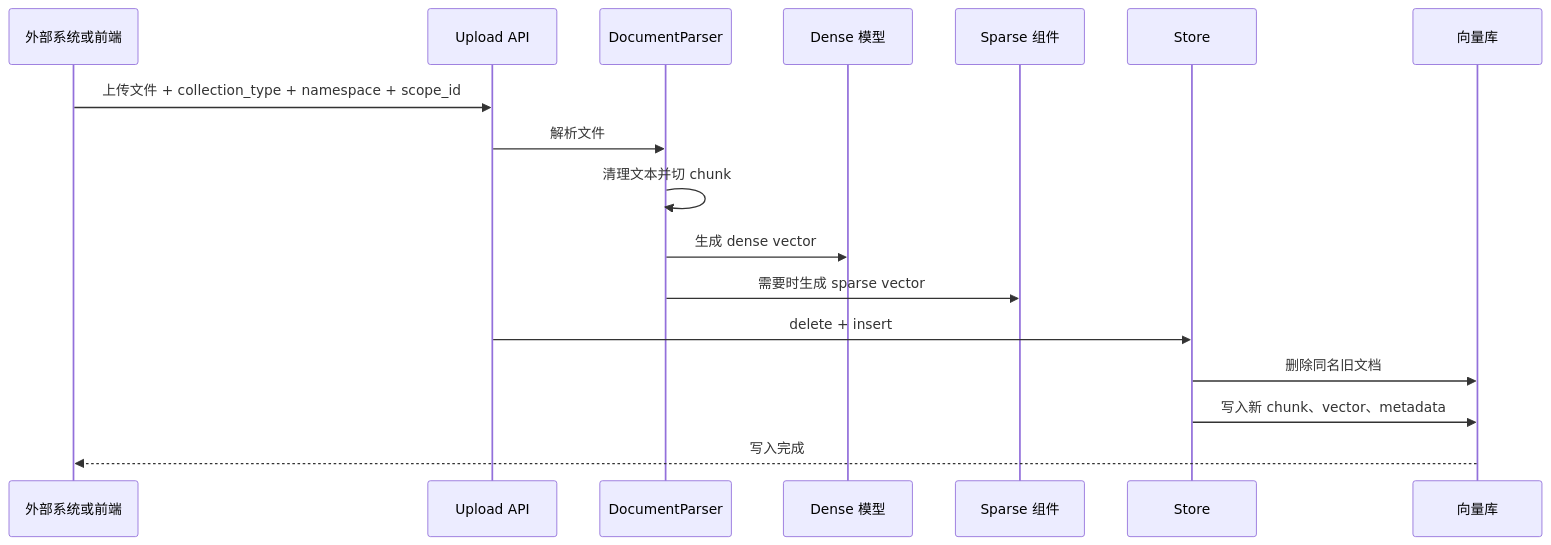
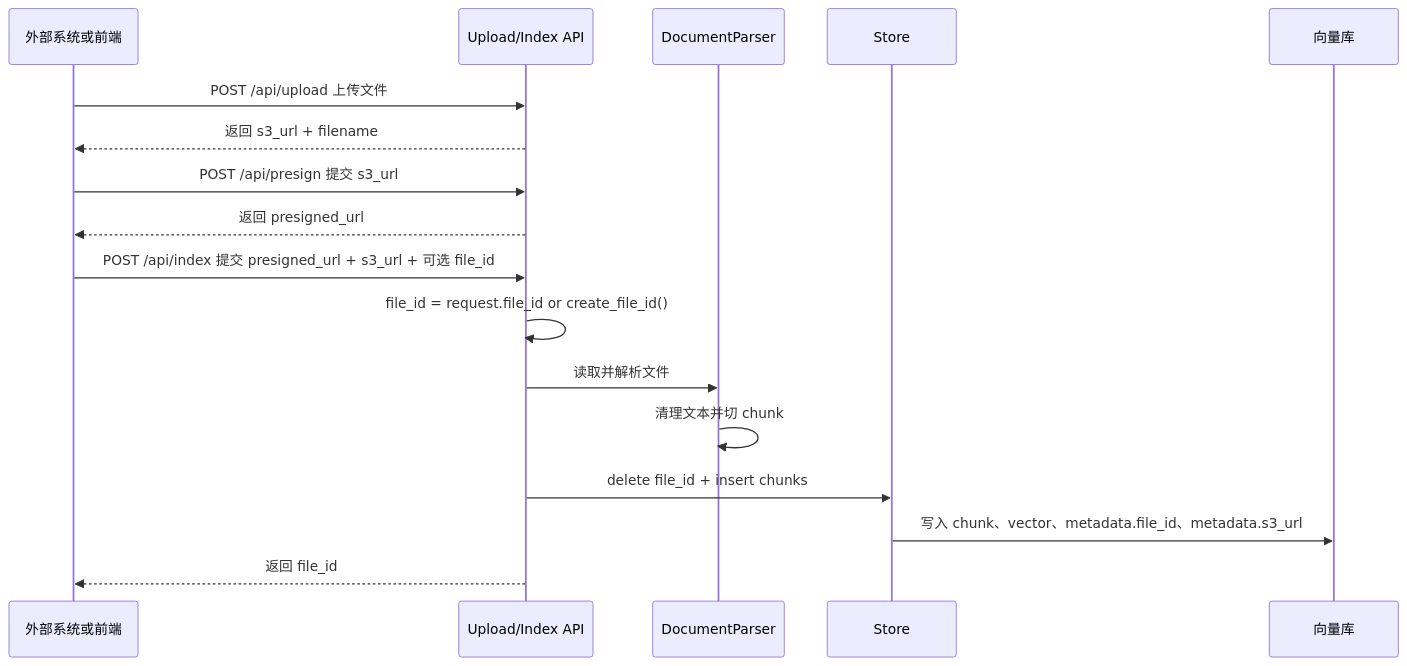
Before and after one commit to guobinqiu/new_brain: the third of 4 diagrams in docs/architecture.md, drawn with Mermaid. The commit also changed other lines of this file and 72 other files, not shown here.

````diff
--- a/docs/architecture.md
+++ b/docs/architecture.md
@@ -103,20 +109,20 @@
 ```mermaid
 sequenceDiagram
   participant Client as 外部系统或前端
-  participant API as Upload API
+  participant API as Upload/Index API
   participant Parser as DocumentParser
-  participant Dense as Dense 模型
-  participant Sparse as Sparse 组件
   participant Store as Store
   participant DB as 向量库
 
-  Client->>API: 上传文件 + collection_type + namespace + scope_id
-  API->>Parser: 解析文件
+  Client->>API: POST /api/upload 上传文件
+  API-->>Client: 返回 s3_url + filename
+  Client->>API: POST /api/presign 提交 s3_url
+  API-->>Client: 返回 presigned_url
+  Client->>API: POST /api/index 提交 presigned_url + s3_url + 可选 file_id
+  API->>API: file_id = request.file_id or create_file_id()
+  API->>Parser: 读取并解析文件
   Parser->>Parser: 清理文本并切 chunk
-  Parser->>Dense: 生成 dense vector
-  Parser->>Sparse: 需要时生成 sparse vector
-  API->>Store: delete + insert
-  Store->>DB: 删除同名旧文档
-  Store->>DB: 写入新 chunk、vector、metadata
-  DB-->>Client: 写入完成
+  API->>Store: delete file_id + insert chunks
+  Store->>DB: 写入 chunk、vector、metadata.file_id、metadata.s3_url
+  API-->>Client: 返回 file_id
 ```
````
